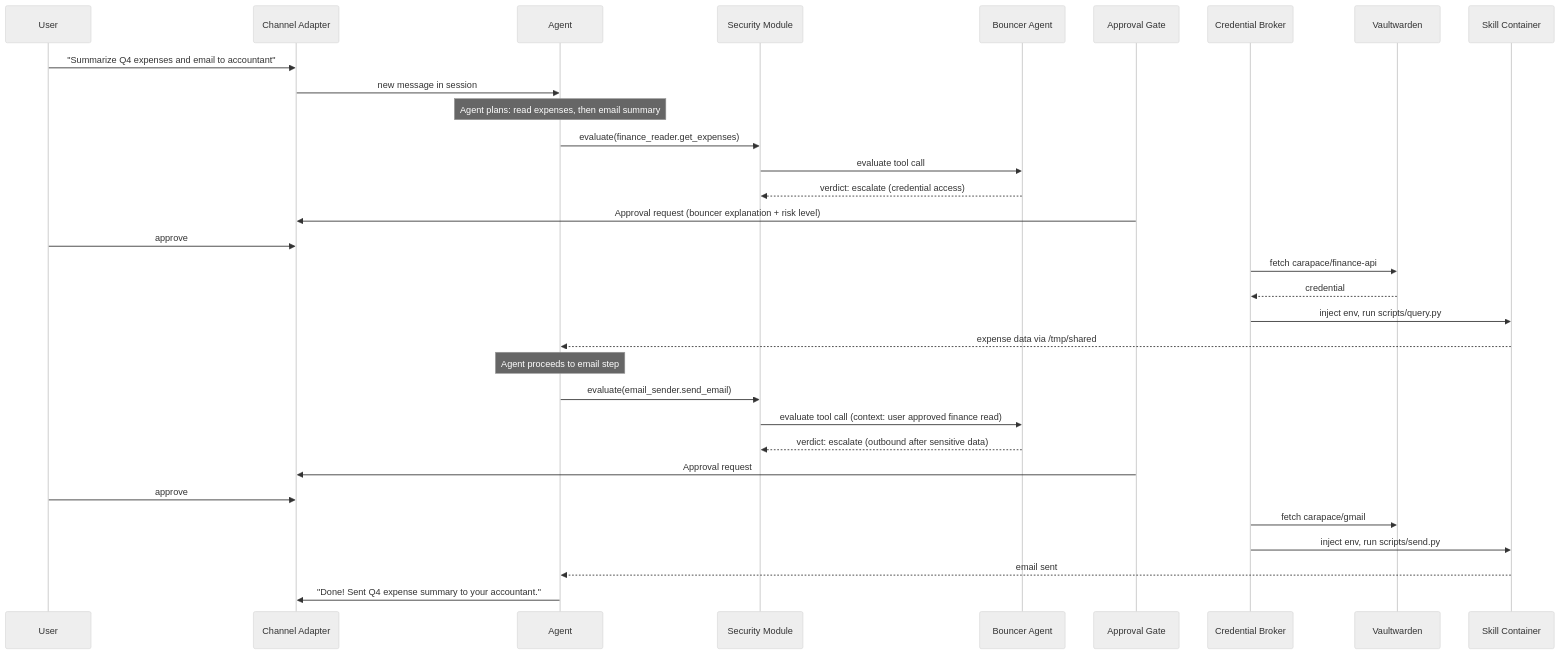
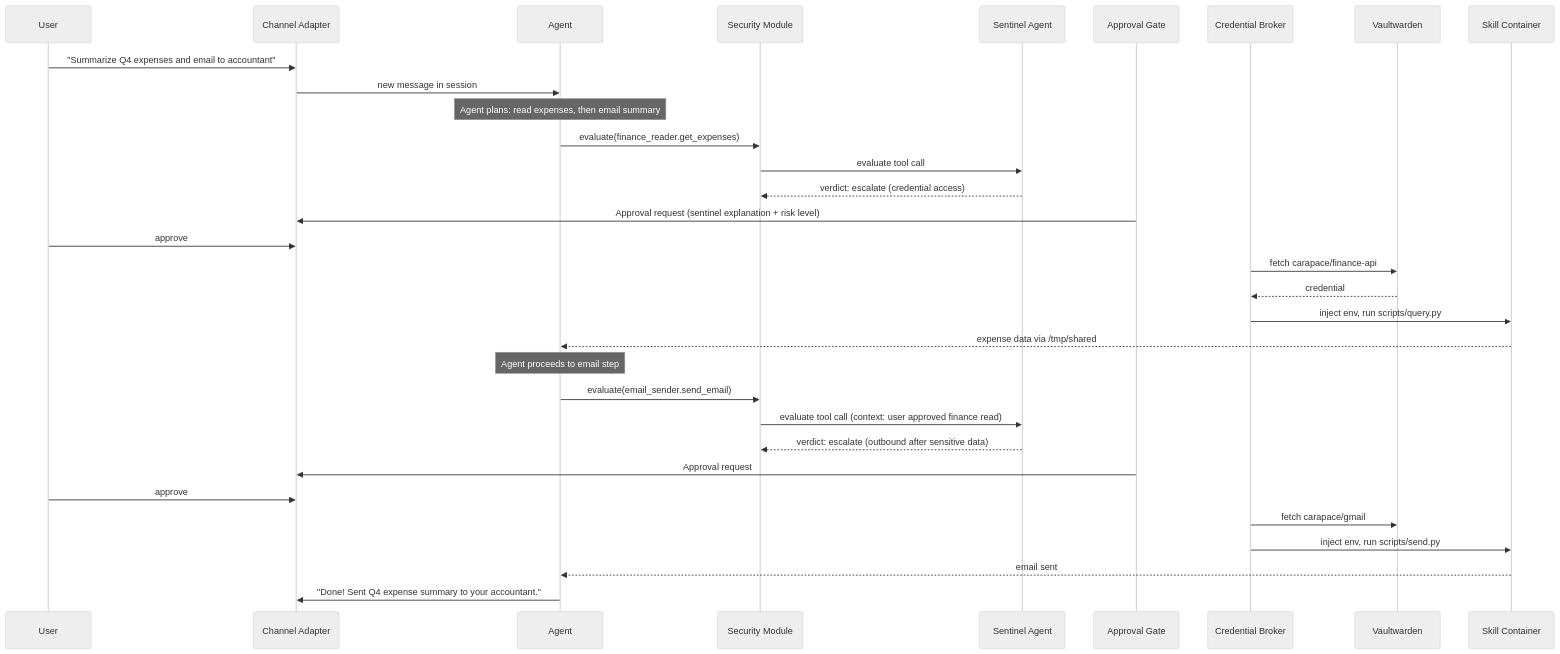
The second of 2 diagrams in docs/architecture.md (thiesgerken/carapace), drawn with Mermaid (neutral theme) before and after one commit. The commit also changed other lines of this file and 21 other files, not shown here.

Commit message:
✨ Rename Bouncer to Sentinel

````diff
--- a/docs/architecture.md
+++ b/docs/architecture.md
@@ -113,44 +113,44 @@
 ```mermaid
 sequenceDiagram
     participant User
     participant Channel as Channel Adapter
     participant Agent
     participant Security as Security Module
-    participant Bouncer as Bouncer Agent
+    participant Sentinel as Sentinel Agent
     participant Gate as Approval Gate
     participant CredBroker as Credential Broker
     participant Vault as Vaultwarden
     participant SkillCtr as Skill Container
 
     User->>Channel: "Summarize Q4 expenses and email to accountant"
     Channel->>Agent: new message in session
 
     Note over Agent: Agent plans: read expenses, then email summary
 
     Agent->>Security: evaluate(finance_reader.get_expenses)
-    Security->>Bouncer: evaluate tool call
-    Bouncer-->>Security: verdict: escalate (credential access)
+    Security->>Sentinel: evaluate tool call
+    Sentinel-->>Security: verdict: escalate (credential access)
 
-    Gate->>Channel: Approval request (bouncer explanation + risk level)
+    Gate->>Channel: Approval request (sentinel explanation + risk level)
     User->>Channel: approve
 
     CredBroker->>Vault: fetch carapace/finance-api
     Vault-->>CredBroker: credential
     CredBroker->>SkillCtr: inject env, run scripts/query.py
     SkillCtr-->>Agent: expense data via /tmp/shared
 
     Note over Agent: Agent proceeds to email step
 
     Agent->>Security: evaluate(email_sender.send_email)
-    Security->>Bouncer: evaluate tool call (context: user approved finance read)
-    Bouncer-->>Security: verdict: escalate (outbound after sensitive data)
+    Security->>Sentinel: evaluate tool call (context: user approved finance read)
+    Sentinel-->>Security: verdict: escalate (outbound after sensitive data)
 
     Gate->>Channel: Approval request
     User->>Channel: approve
 
     CredBroker->>Vault: fetch carapace/gmail
     CredBroker->>SkillCtr: inject env, run scripts/send.py
     SkillCtr-->>Agent: email sent
 
     Agent->>Channel: "Done! Sent Q4 expense summary to your accountant."
 ```
````
